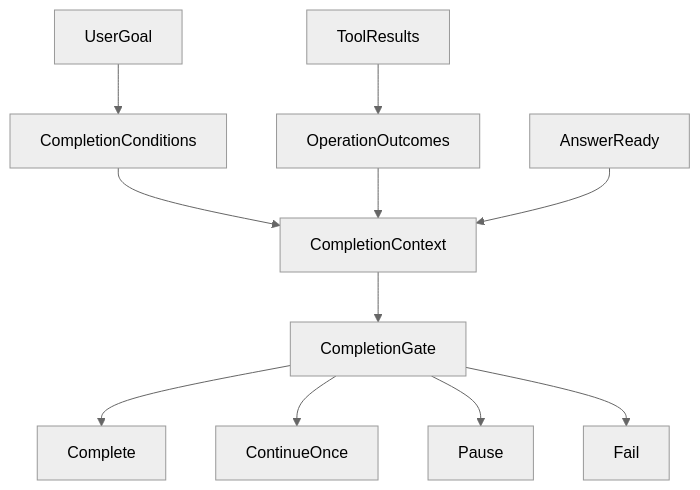
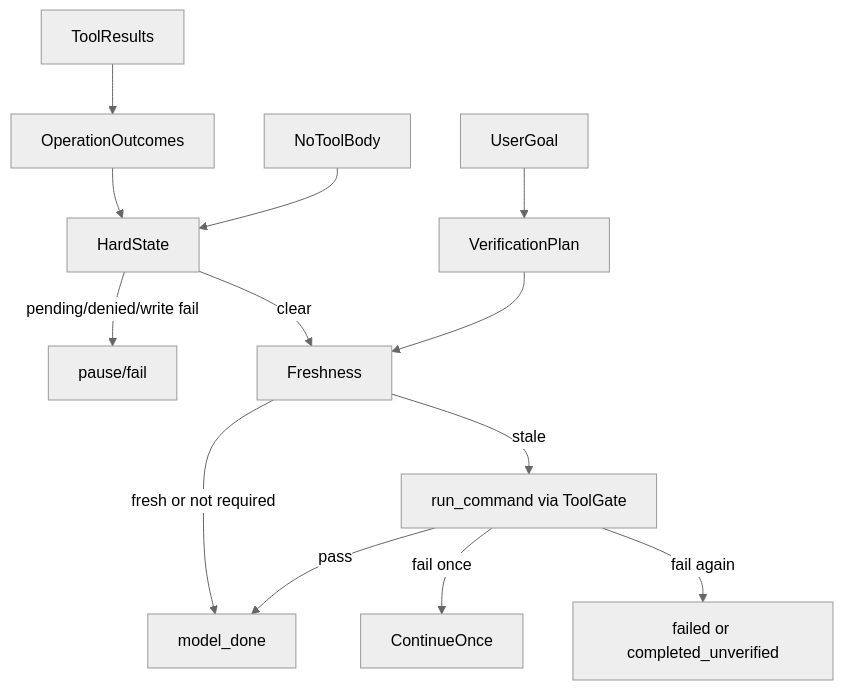
One commit to lbiceman/iceCoder changed the diagram in docs/harness/Harness-L2与Gate工作逻辑.md. Above: the diagram before and after it, drawn with Mermaid (neutral theme). The commit also changed other lines of this file and 71 other files, not shown here.

````diff
--- a/docs/harness/Harness-L2与Gate工作逻辑.md
+++ b/docs/harness/Harness-L2与Gate工作逻辑.md
@@ -14,13 +16,15 @@
 ```mermaid
 flowchart TD
-  UserGoal[UserGoal] --> Conditions[CompletionConditions]
+  UserGoal[UserGoal] --> Plan[VerificationPlan]
   ToolResults[ToolResults] --> Outcomes[OperationOutcomes]
-  Conditions --> Context[CompletionContext]
-  Outcomes --> Context
-  Answer[AnswerReady] --> Context
-  Context --> Gate[CompletionGate]
-  Gate --> Complete[Complete]
-  Gate --> Continue[ContinueOnce]
-  Gate --> Pause[Pause]
-  Gate --> Fail[Fail]
+  Outcomes --> Hard[HardState]
+  Answer[NoToolBody] --> Hard
+  Hard -->|pending/denied/write fail| PauseOrFail[pause/fail]
+  Hard -->|clear| Fresh[Freshness]
+  Plan --> Fresh
+  Fresh -->|fresh or not required| Complete[model_done]
+  Fresh -->|stale| Run[run_command via ToolGate]
+  Run -->|pass| Complete
+  Run -->|fail once| Continue[ContinueOnce]
+  Run -->|fail again| Terminal[failed or completed_unverified]
 ```
````
